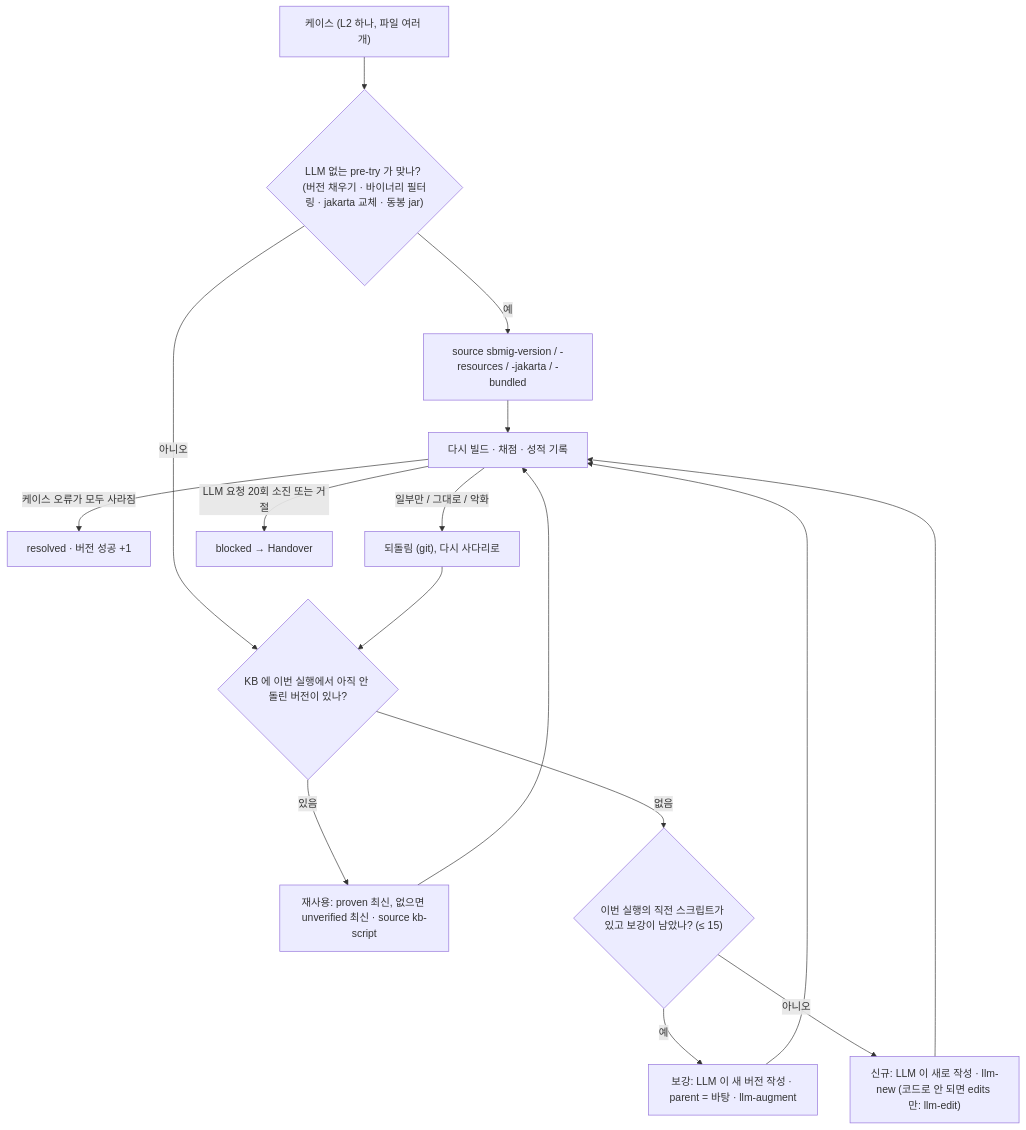
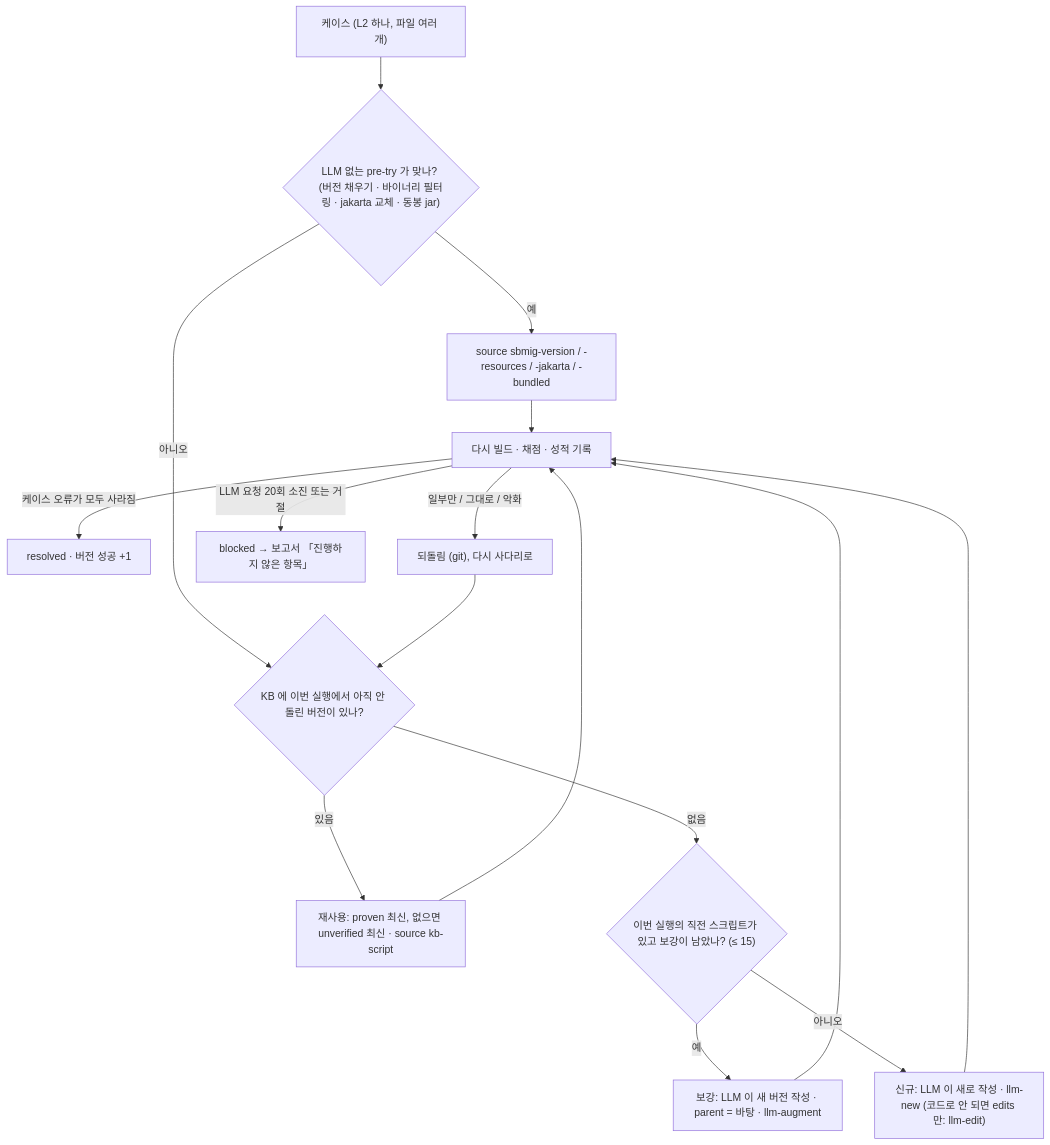
One commit to acandiatale/tutu changed the second of 6 diagrams in docs/kb-map/kb-map.md. Above: the diagram before and after it, drawn with Mermaid. The commit also changed 114 other files, not shown here.

````diff
--- a/docs/kb-map/kb-map.md
+++ b/docs/kb-map/kb-map.md
@@ -91,18 +91,18 @@
 ```mermaid
 flowchart TD
   E["케이스 (L2 하나, 파일 여러 개)"] --> P{"LLM 없는 pre-try 가 맞나? (버전 채우기 · 바이너리 필터링 · jakarta 교체 · 동봉 jar)"}
   P -->|"예"| PT["source sbmig-version / -resources / -jakarta / -bundled"]
   P -->|"아니오"| Q1{"KB 에 이번 실행에서 아직 안 돌린 버전이 있나?"}
   Q1 -->|"있음"| R["재사용: proven 최신, 없으면 unverified 최신 · source kb-script"]
   Q1 -->|"없음"| Q2{"이번 실행의 직전 스크립트가 있고 보강이 남았나? (≤ 15)"}
   Q2 -->|"예"| A["보강: LLM 이 새 버전 작성 · parent = 바탕 · llm-augment"]
   Q2 -->|"아니오"| N["신규: LLM 이 새로 작성 · llm-new (코드로 안 되면 edits 만: llm-edit)"]
   PT --> S["다시 빌드 · 채점 · 성적 기록"]
   R --> S
   A --> S
   N --> S
   S -->|"케이스 오류가 모두 사라짐"| OK["resolved · 버전 성공 +1"]
   S -->|"일부만 / 그대로 / 악화"| RB["되돌림 (git), 다시 사다리로"]
   RB --> Q1
-  S -->|"LLM 요청 20회 소진 또는 거절"| BLK["blocked → Handover"]
+  S -->|"LLM 요청 20회 소진 또는 거절"| BLK["blocked → 보고서 「진행하지 않은 항목」"]
 ```
````
